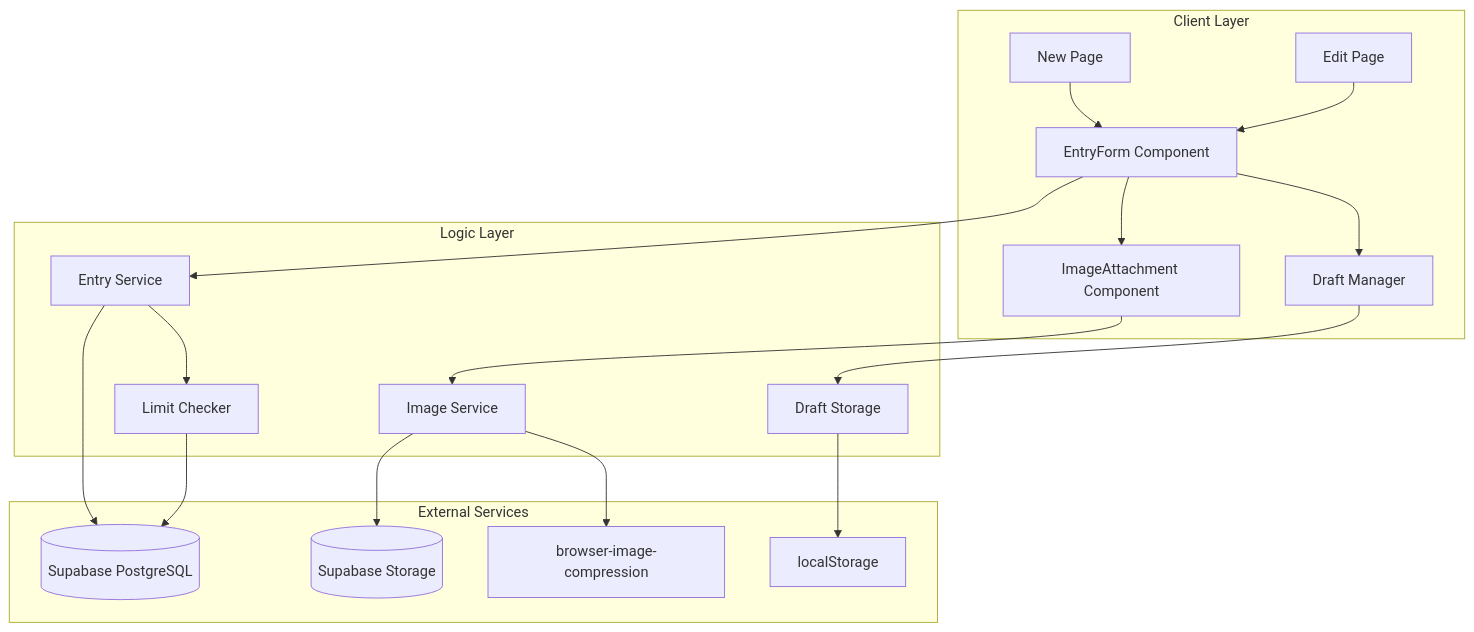
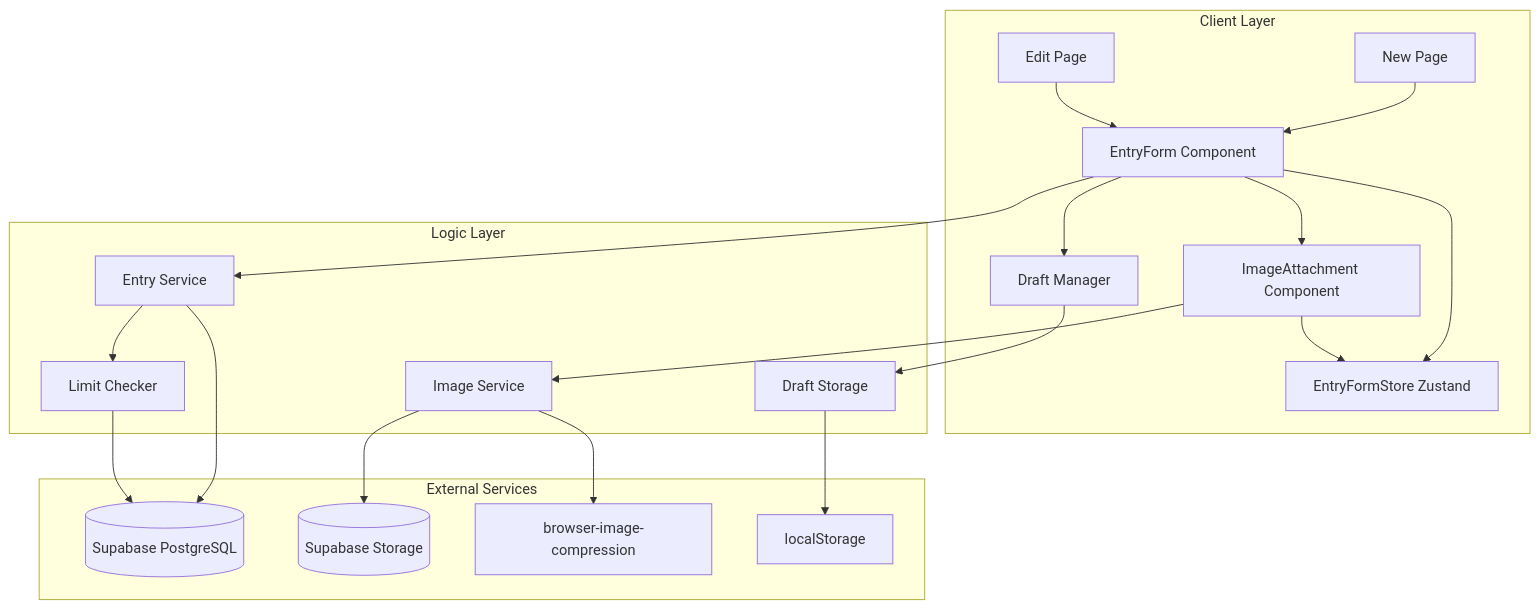
One commit to Takeaki0817/hibioru changed the first of 4 diagrams in .kiro/specs/entry-input/design.md. Above: the diagram before and after it, drawn with Mermaid. The commit also changed other lines of this file and 8 other files, not shown here.

````diff
--- a/.kiro/specs/entry-input/design.md
+++ b/.kiro/specs/entry-input/design.md
@@ -27,40 +29,43 @@
 ```mermaid
 graph TB
     subgraph Client Layer
         NewPage[New Page]
         EditPage[Edit Page]
         EntryForm[EntryForm Component]
+        EntryFormStore[EntryFormStore Zustand]
         ImageAttachment[ImageAttachment Component]
         DraftManager[Draft Manager]
     end
 
     subgraph Logic Layer
         EntryService[Entry Service]
         ImageService[Image Service]
         LimitChecker[Limit Checker]
         DraftStorage[Draft Storage]
     end
 
     subgraph External Services
         SupabaseDB[(Supabase PostgreSQL)]
         SupabaseStorage[(Supabase Storage)]
         BrowserCompression[browser-image-compression]
         LocalStorage[localStorage]
     end
 
     NewPage --> EntryForm
     EditPage --> EntryForm
+    EntryForm --> EntryFormStore
     EntryForm --> ImageAttachment
     EntryForm --> DraftManager
 
     EntryForm --> EntryService
     ImageAttachment --> ImageService
+    ImageAttachment --> EntryFormStore
     DraftManager --> DraftStorage
 
     EntryService --> LimitChecker
     EntryService --> SupabaseDB
     ImageService --> BrowserCompression
     ImageService --> SupabaseStorage
     LimitChecker --> SupabaseDB
     DraftStorage --> LocalStorage
 ```
````
